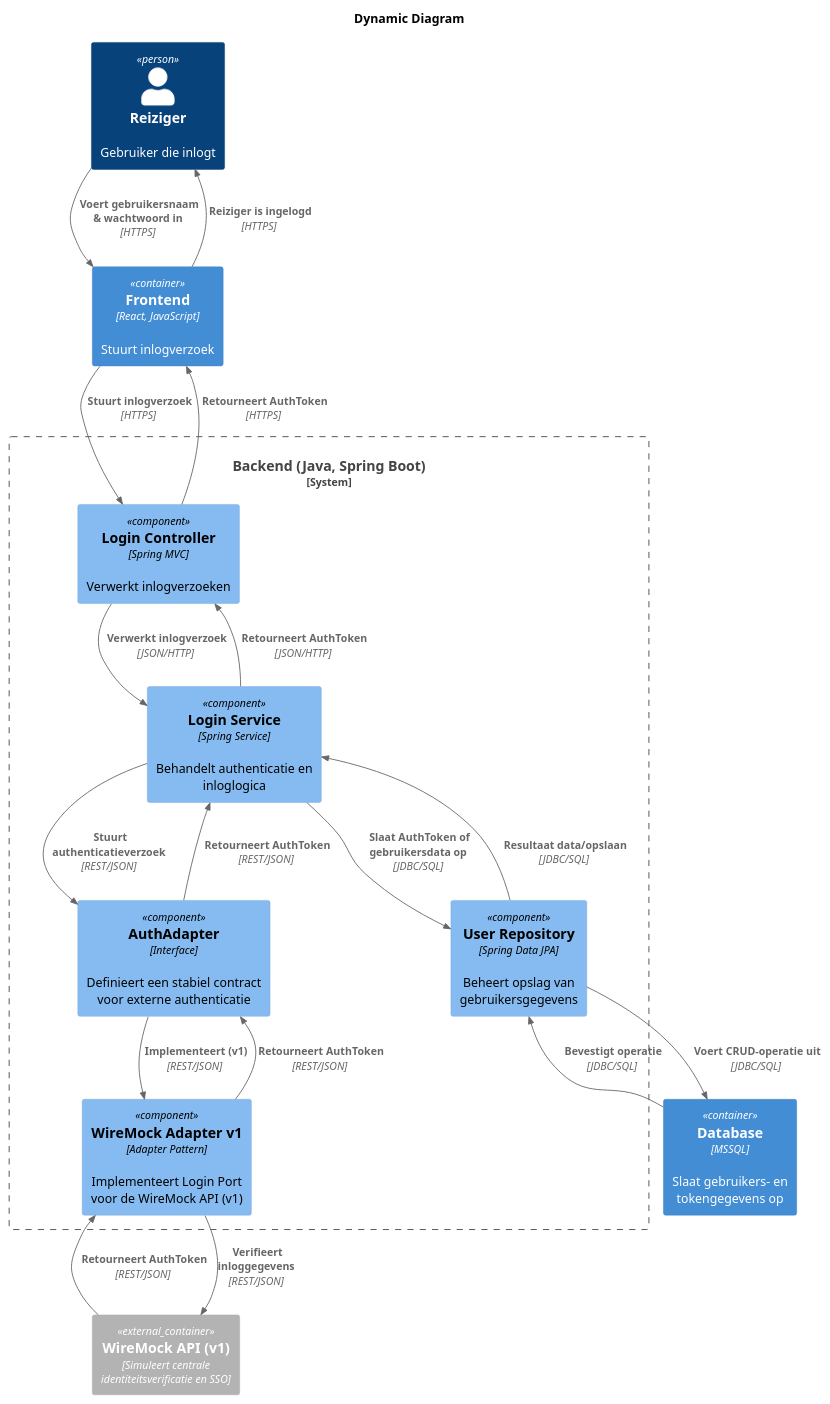
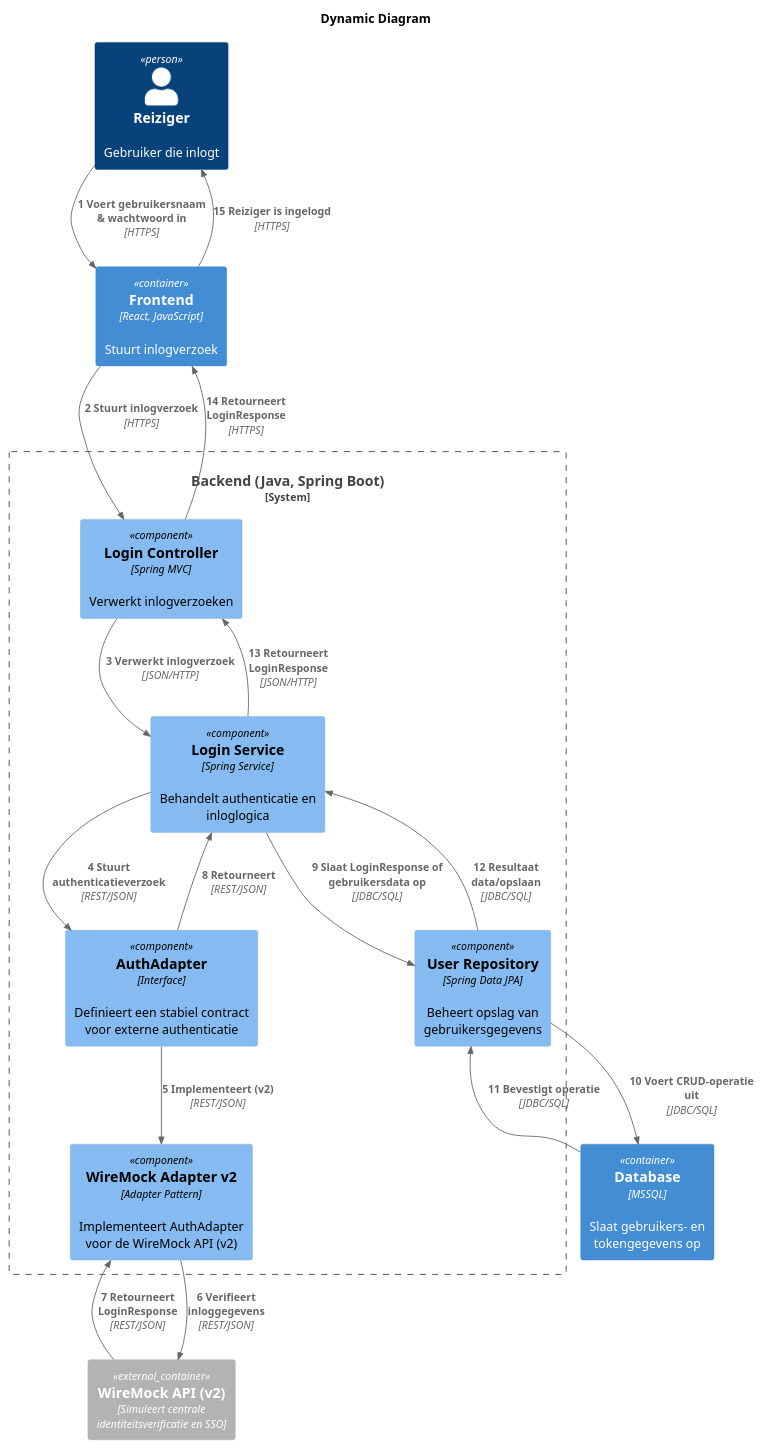
One commit to AIM-ENE-feb25/triptop-asas changed the diagram in software-guidebook/component-code/ahmed/dynamic.puml. Above: the diagram before and after it, drawn with PlantUML. The commit also changed 11 other files, not shown here.

```diff
--- a/software-guidebook/component-code/ahmed/dynamic.puml
+++ b/software-guidebook/component-code/ahmed/dynamic.puml
@@ -1,40 +1,41 @@
 @startuml
 !include https://raw.githubusercontent.com/plantuml-stdlib/C4-PlantUML/master/C4_Component.puml
 title Dynamic Diagram
 
 Person(reiziger, "Reiziger", "Gebruiker die inlogt")
 Container(frontend, "Frontend", "React, JavaScript", "Stuurt inlogverzoek")
 
 System_Boundary(backendSystem, "Backend (Java, Spring Boot)") {
 
   Component(loginController, "Login Controller", "Spring MVC", "Verwerkt inlogverzoeken")
   Component(loginService, "Login Service", "Spring Service", "Behandelt authenticatie en inloglogica")
   Component(loginPort, "AuthAdapter", "Interface", "Definieert een stabiel contract voor externe authenticatie")
   Component(userRepository, "User Repository", "Spring Data JPA", "Beheert opslag van gebruikersgegevens")
-  Component(wireMockAdapterV1, "WireMock Adapter v1", "Adapter Pattern", "Implementeert Login Port voor de WireMock API (v1)")
+  Component(wireMockAdapterV2, "WireMock Adapter v2", "Adapter Pattern", "Implementeert AuthAdapter voor de WireMock API (v2)")
+
 
 }
 Container(database, "Database", "MSSQL", "Slaat gebruikers- en tokengegevens op")
 
-Container_Ext(identityProvider, "WireMock API (v1)", "Simuleert centrale identiteitsverificatie en SSO")
+Container_Ext(identityProvider, "WireMock API (v2)", "Simuleert centrale identiteitsverificatie en SSO")
 
-Rel_D(reiziger, frontend, " Voert gebruikersnaam & wachtwoord in", "HTTPS")
-Rel_D(frontend, loginController, " Stuurt inlogverzoek", "HTTPS")
-Rel_D(loginController, loginService, " Verwerkt inlogverzoek", "JSON/HTTP")
-Rel_D(loginService, loginPort, " Stuurt authenticatieverzoek", "REST/JSON")
-Rel_D(loginPort, wireMockAdapterV1, " Implementeert (v1)", "REST/JSON")
-Rel_D(wireMockAdapterV1, identityProvider, " Verifieert inloggegevens", "REST/JSON")
+Rel_D(reiziger, frontend, "1 Voert gebruikersnaam & wachtwoord in", "HTTPS")
+Rel_D(frontend, loginController, "2 Stuurt inlogverzoek", "HTTPS")
+Rel_D(loginController, loginService, "3 Verwerkt inlogverzoek", "JSON/HTTP")
+Rel_D(loginService, loginPort, "4 Stuurt authenticatieverzoek", "REST/JSON")
+Rel_D(loginPort, wireMockAdapterV2, "5 Implementeert (v2)", "REST/JSON")
 
-Rel_D(identityProvider, wireMockAdapterV1, " Retourneert AuthToken", "REST/JSON")
-Rel_D(wireMockAdapterV1, loginPort, " Retourneert AuthToken", "REST/JSON")
-Rel_D(loginPort, loginService, " Retourneert AuthToken", "REST/JSON")
+Rel_D(wireMockAdapterV2, identityProvider, "6 Verifieert inloggegevens", "REST/JSON")
 
-Rel_D(loginService, userRepository, " Slaat AuthToken of gebruikersdata op", "JDBC/SQL")
-Rel_D(userRepository, database, " Voert CRUD-operatie uit", "JDBC/SQL")
-Rel_D(database, userRepository, " Bevestigt operatie", "JDBC/SQL")
-Rel_D(userRepository, loginService, " Resultaat data/opslaan", "JDBC/SQL")
+Rel_D(identityProvider, wireMockAdapterV2, "7 Retourneert LoginResponse", "REST/JSON")
+Rel_D(loginPort, loginService, "8 Retourneert ", "REST/JSON")
 
-Rel_D(loginService, loginController, " Retourneert AuthToken", "JSON/HTTP")
-Rel_D(loginController, frontend, " Retourneert AuthToken", "HTTPS")
-Rel_D(frontend, reiziger, " Reiziger is ingelogd", "HTTPS")
+Rel_D(loginService, userRepository, "9 Slaat LoginResponse of gebruikersdata op", "JDBC/SQL")
+Rel_D(userRepository, database, "10 Voert CRUD-operatie uit", "JDBC/SQL")
+Rel_D(database, userRepository, "11 Bevestigt operatie", "JDBC/SQL")
+Rel_D(userRepository, loginService, "12 Resultaat data/opslaan", "JDBC/SQL")
+
+Rel_D(loginService, loginController, "13 Retourneert LoginResponse", "JSON/HTTP")
+Rel_D(loginController, frontend, "14 Retourneert LoginResponse", "HTTPS")
+Rel_D(frontend, reiziger, "15 Reiziger is ingelogd", "HTTPS")
 @enduml
```
